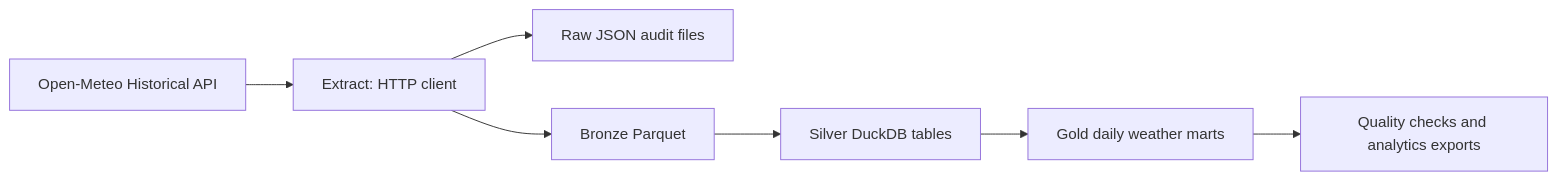
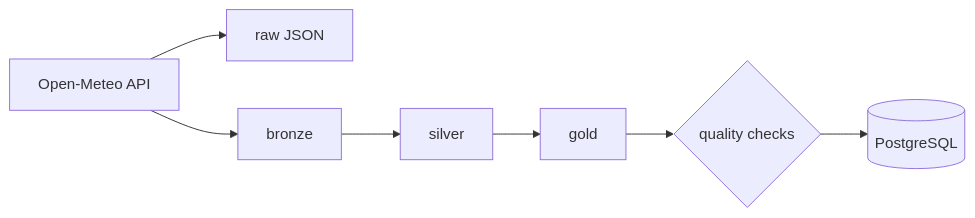
The first of 2 diagrams in README.md (quizdany/data-engineering-portfolio), drawn with Mermaid before and after one commit. The commit also changed other lines of this file and 12 other files, not shown here.

````diff
--- a/README.md
+++ b/README.md
@@ -18,9 +17,6 @@
 ```mermaid
 flowchart LR
-    A["Open-Meteo Historical API"] --> B["Extract: HTTP client"]
-    B --> C["Raw JSON audit files"]
-    B --> D["Bronze Parquet"]
-    D --> E["Silver DuckDB tables"]
-    E --> F["Gold daily weather marts"]
-    F --> G["Quality checks and analytics exports"]
+    A["Open-Meteo API"] --> B["raw JSON"]
+    A --> C["bronze"]
+    C --> D["silver"] --> E["gold"] --> F{"quality checks"} --> G[("PostgreSQL")]
 ```
````
